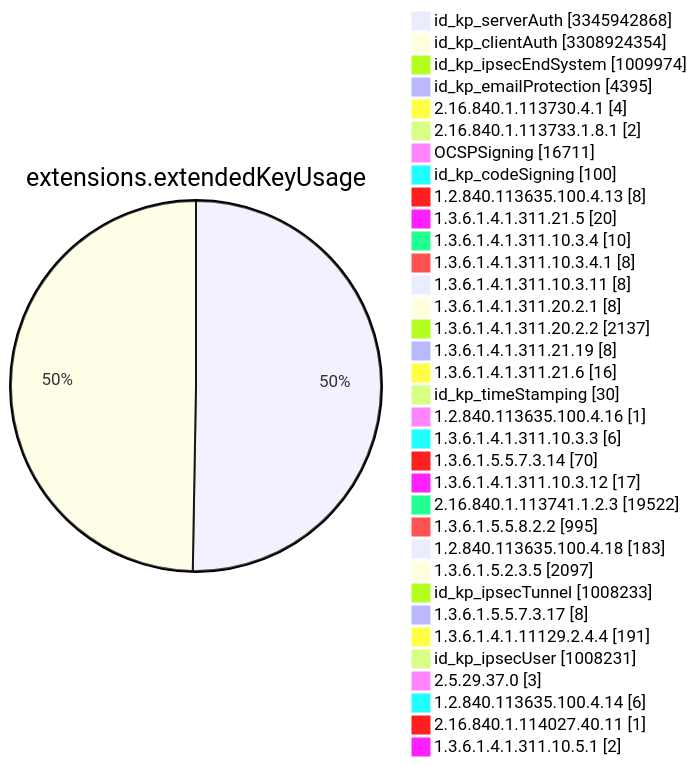
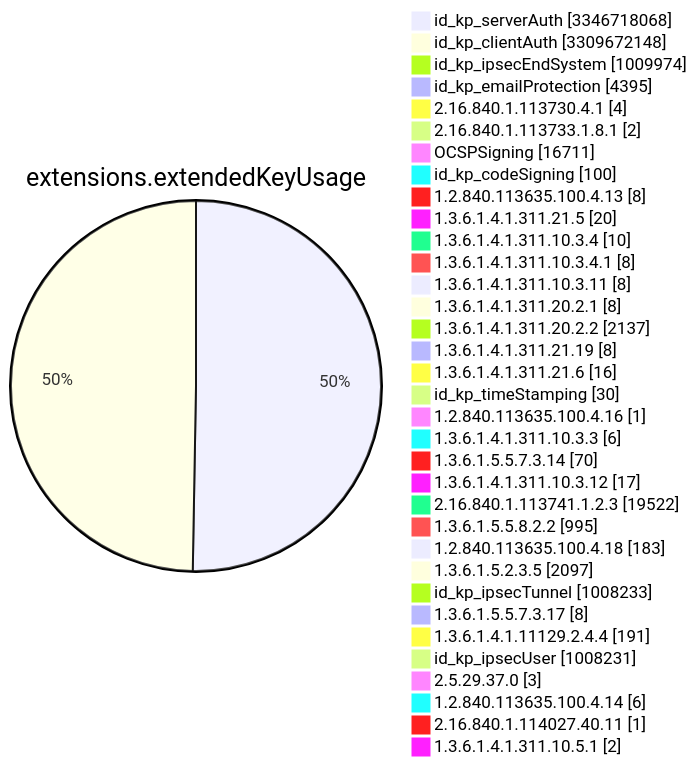
Diagram 11 of 15 in TOTAL/README.md (christiankrug/ctmonitor_visualization), drawn with Mermaid before and after one commit. The commit also changed other lines of this file, not shown here.

````diff
--- a/TOTAL/README.md
+++ b/TOTAL/README.md
@@ -4120,38 +4120,38 @@
 ```mermaid
 pie showData
 title extensions.extendedKeyUsage
-"id_kp_serverAuth" :3345942868
-"id_kp_clientAuth" :3308924354
+"id_kp_serverAuth" :3346718068
+"id_kp_clientAuth" :3309672148
 "id_kp_ipsecEndSystem" :1009974
 "id_kp_emailProtection" :4395
 "2.16.840.1.113730.4.1" :4
 "2.16.840.1.113733.1.8.1" :2
 "OCSPSigning" :16711
 "id_kp_codeSigning" :100
 "1.2.840.113635.100.4.13" :8
 "1.3.6.1.4.1.311.21.5" :20
 "1.3.6.1.4.1.311.10.3.4" :10
 "1.3.6.1.4.1.311.10.3.4.1" :8
 "1.3.6.1.4.1.311.10.3.11" :8
 "1.3.6.1.4.1.311.20.2.1" :8
 "1.3.6.1.4.1.311.20.2.2" :2137
 "1.3.6.1.4.1.311.21.19" :8
 "1.3.6.1.4.1.311.21.6" :16
 "id_kp_timeStamping" :30
 "1.2.840.113635.100.4.16" :1
 "1.3.6.1.4.1.311.10.3.3" :6
 "1.3.6.1.5.5.7.3.14" :70
 "1.3.6.1.4.1.311.10.3.12" :17
 "2.16.840.1.113741.1.2.3" :19522
 "1.3.6.1.5.5.8.2.2" :995
 "1.2.840.113635.100.4.18" :183
 "1.3.6.1.5.2.3.5" :2097
 "id_kp_ipsecTunnel" :1008233
 "1.3.6.1.5.5.7.3.17" :8
 "1.3.6.1.4.1.11129.2.4.4" :191
 "id_kp_ipsecUser" :1008231
 "2.5.29.37.0" :3
 "1.2.840.113635.100.4.14" :6
 "2.16.840.1.114027.40.11" :1
 "1.3.6.1.4.1.311.10.5.1" :2
 ```
````
